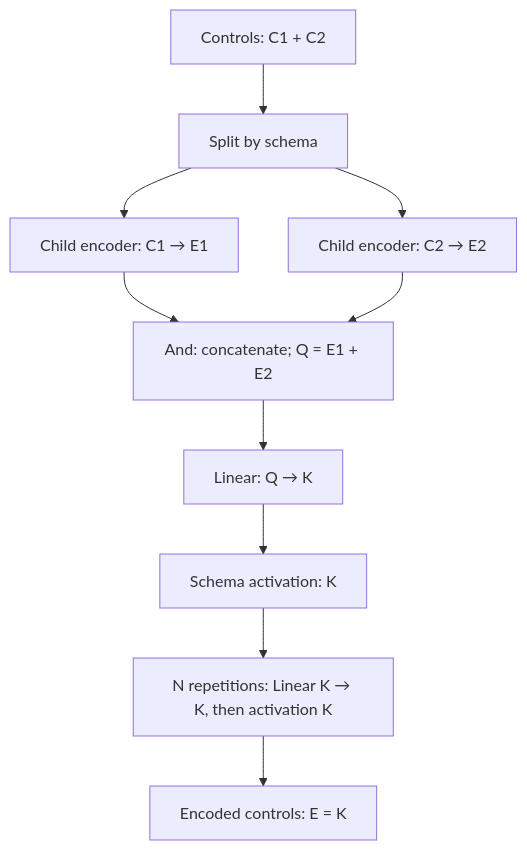
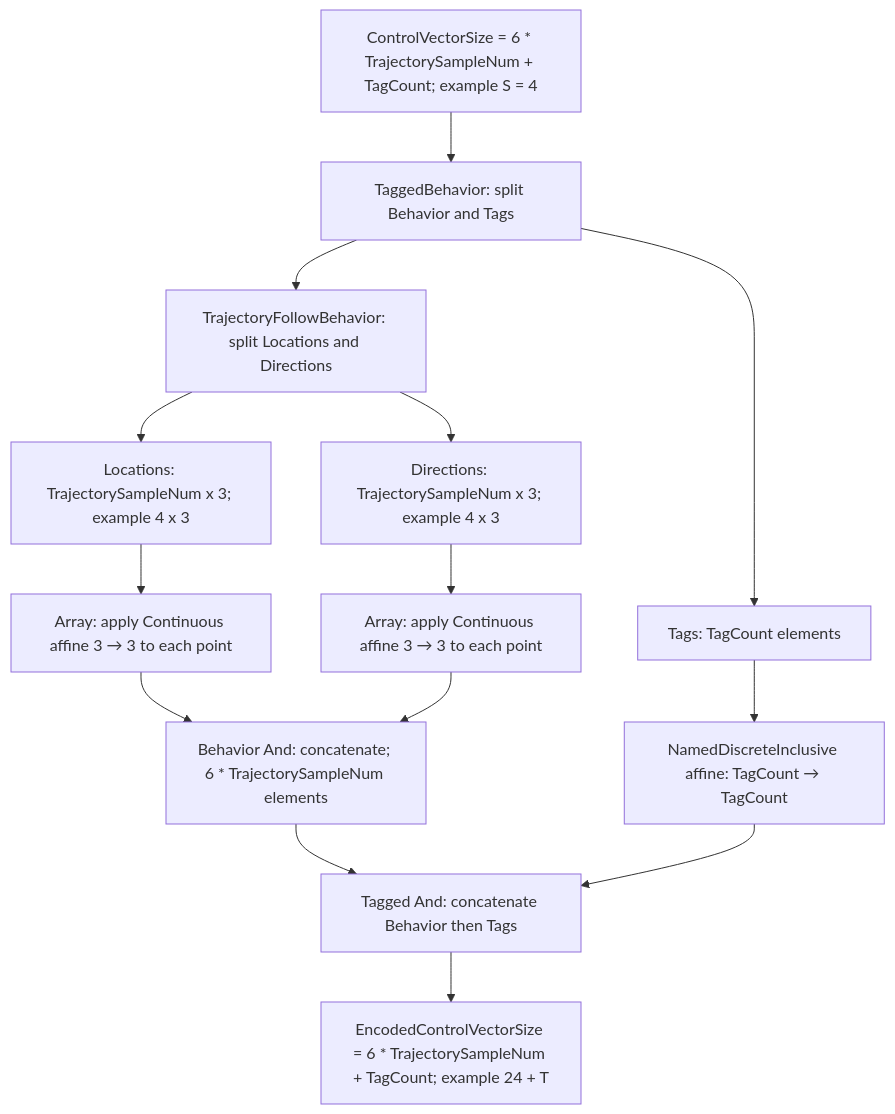
One commit to weiyi-boynextdoor/train_anim_gen changed the first of 5 diagrams in tutorial/train-controller-workflow.md. Above: the diagram before and after it, drawn with Mermaid. The commit also changed other lines of this file and 1 other file, not shown here.

Commit message:
change controller example

````diff
--- a/tutorial/train-controller-workflow.md
+++ b/tutorial/train-controller-workflow.md
@@ -33,12 +52,16 @@
 ```mermaid
 flowchart TD
-    C["Controls: C1 + C2"] --> S["Split by schema"]
-    S --> A["Child encoder: C1 → E1"]
-    S --> B["Child encoder: C2 → E2"]
-    A --> CAT["And: concatenate; Q = E1 + E2"]
-    B --> CAT
-    CAT --> L["Linear: Q → K"]
-    L --> ACT["Schema activation: K"]
-    ACT --> R["N repetitions: Linear K → K, then activation K"]
-    R --> O["Encoded controls: E = K"]
+    INPUT["ControlVectorSize = 6 * TrajectorySampleNum + TagCount; example S = 4"] --> SPLIT["TaggedBehavior: split Behavior and Tags"]
+    SPLIT --> BEH["TrajectoryFollowBehavior: split Locations and Directions"]
+    SPLIT --> TAG["Tags: TagCount elements"]
+    BEH --> LOC["Locations: TrajectorySampleNum x 3; example 4 x 3"]
+    BEH --> DIR["Directions: TrajectorySampleNum x 3; example 4 x 3"]
+    LOC --> LA["Array: apply Continuous affine 3 → 3 to each point"]
+    DIR --> DA["Array: apply Continuous affine 3 → 3 to each point"]
+    LA --> BC["Behavior And: concatenate; 6 * TrajectorySampleNum elements"]
+    DA --> BC
+    TAG --> TA["NamedDiscreteInclusive affine: TagCount → TagCount"]
+    BC --> ROOT["Tagged And: concatenate Behavior then Tags"]
+    TA --> ROOT
+    ROOT --> OUT["EncodedControlVectorSize = 6 * TrajectorySampleNum + TagCount; example 24 + T"]
 ```
````
